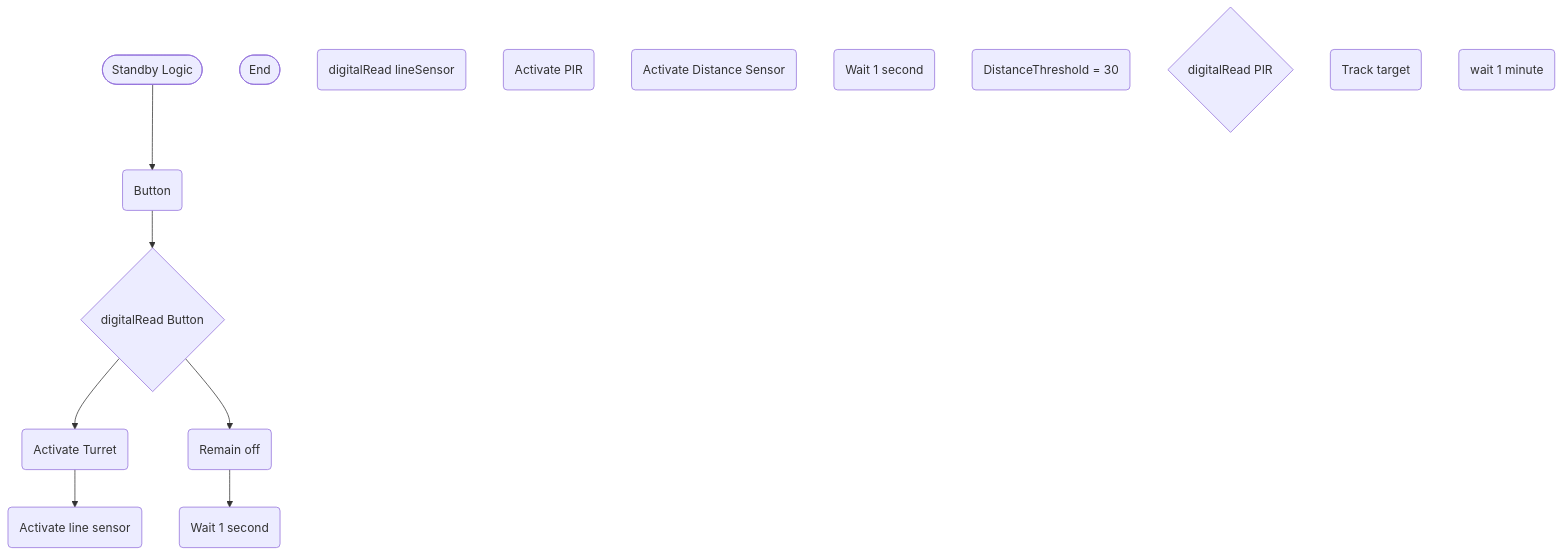
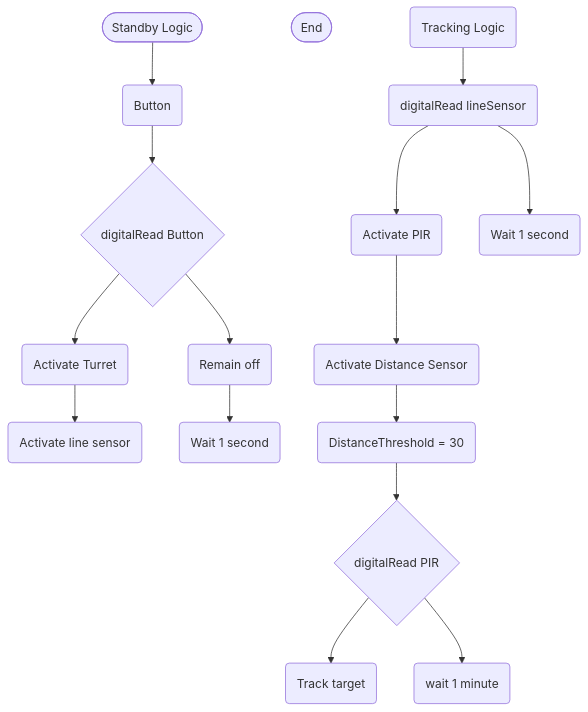
The diagram in logic.md (Zac2259/Smart-Turret), drawn with Mermaid before and after one commit.

````diff
--- a/logic.md
+++ b/logic.md
@@ -1,29 +1,37 @@
  ```mermaid
  flowchart TD
  %%standby logic
 terminalStart([Standby Logic])
  terminalEnd([End])
  Button(Button)
 Buttontrigger{digitalRead Button}
 activateturret(Activate Turret)
 activatesensor(Activate line sensor)
 remainoff(Remain off)
 loop(Wait 1 second)
 %%Tracking logic
+Tracking(Tracking Logic)
 Readline(digitalRead lineSensor)
 activatepir(Activate PIR)
 activatedistance(Activate Distance Sensor)
 loop2(Wait 1 second)
 distance(DistanceThreshold = 30)
 ReadPIR{digitalRead PIR}
 track(Track target)
 loop3(wait 1 minute)
 %%Firing
 terminalStart --> Button
 Button --> Buttontrigger
 Buttontrigger --> activateturret
 activateturret --> activatesensor
 Buttontrigger --> remainoff
 remainoff --> loop
-
+Tracking --> Readline
+Readline --> activatepir
+Readline --> loop2
+activatepir --> activatedistance
+activatedistance --> distance
+distance --> ReadPIR
+ReadPIR --> track
+ReadPIR --> loop3
  ```
````
